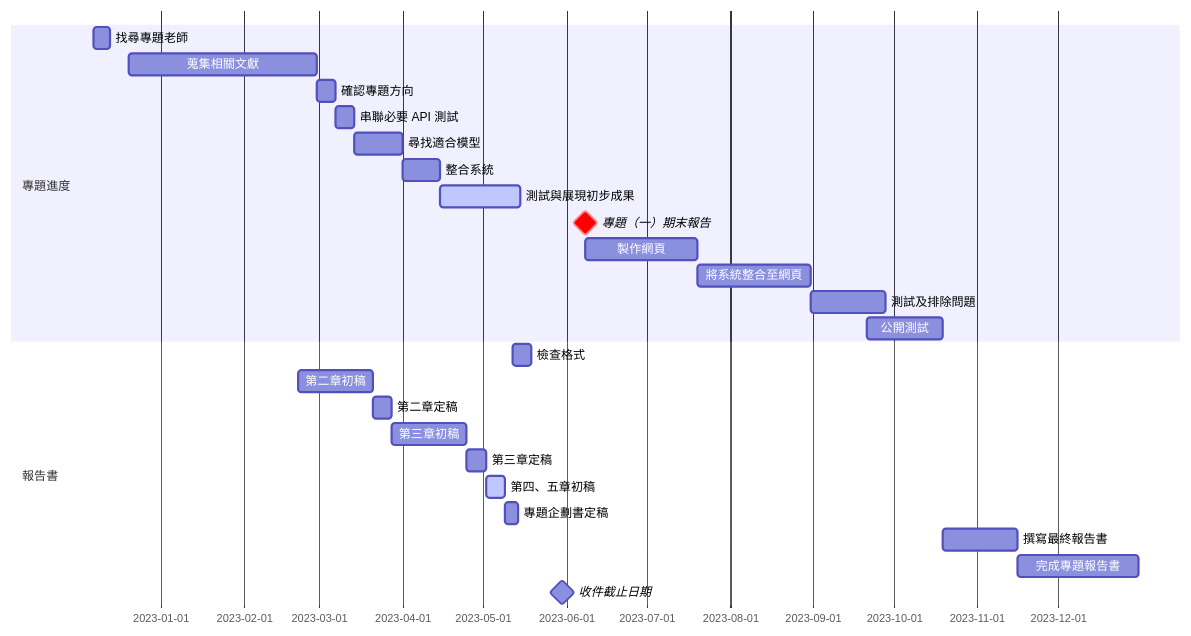
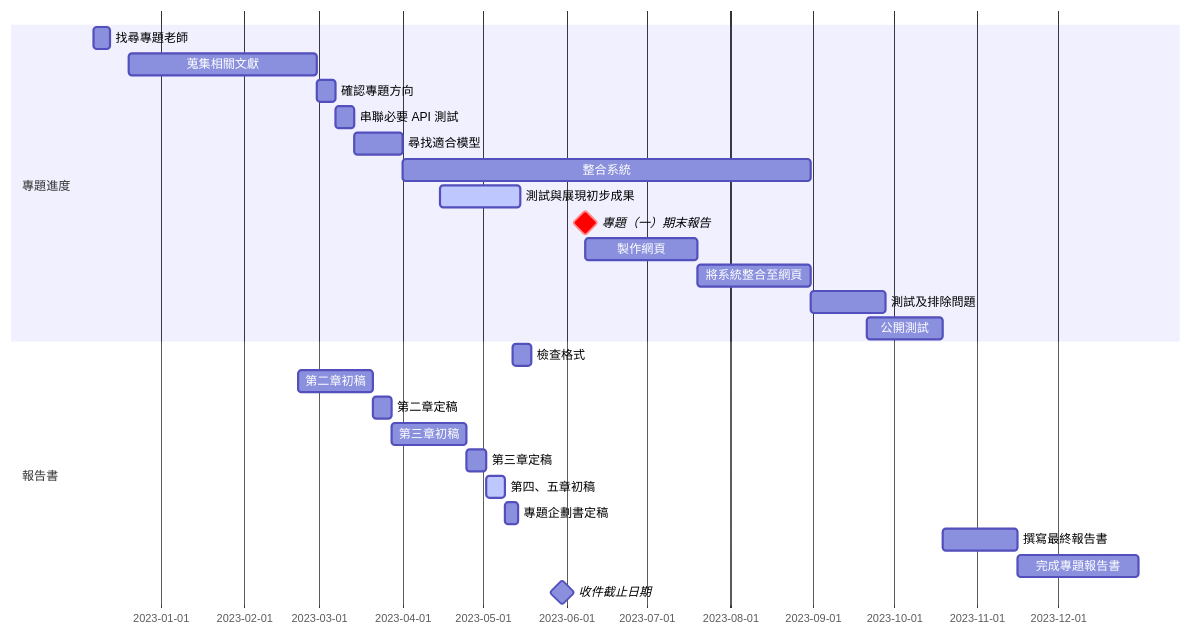
Before and after one commit to kakeru13468/A02_AI_Video_Generation: the third of 3 diagrams in README.md, drawn with Mermaid.

Commit message:
update gantt

````diff
--- a/README.md
+++ b/README.md
@@ -42,31 +42,31 @@
 ```mermaid
 gantt
     todayMarker
     dateFormat  YYYY-MM-DD
 
     section 專題進度
     找尋專題老師       :  2022-12-07, 6d
     蒐集相關文獻      : 2022-12-20, 70d
     確認專題方向      : 2023-02-28, 7d
     串聯必要 API 測試 : 2023-03-07, 7d
     尋找適合模型         : 2023-03-14, 18d
-    整合系統             : 2023-04-01, 14d
+    整合系統             : 2023-04-01, 152d
     測試與展現初步成果  : active, 2023-04-15, 30d
     專題（一）期末報告       : crit, milestone, 2023-06-08,  8min
     製作網頁         : 2023-06-08, 42d
     將系統整合至網頁    : 2023-07-20, 42d
     測試及排除問題    : 2023-08-31, 28d
     公開測試         : 2023-09-21, 28d
 
     section 報告書
     檢查格式             : 2023-05-12, 1w
     第二章初稿          : 2023-02-21, 28d
     第二章定稿          : 2023-03-21, 1w
     第三章初稿          : 2023-03-28, 28d
     第三章定稿          : 2023-04-25, 1w
     第四、五章初稿          : active, 2023-05-02, 1w
     專題企劃書定稿          : 2023-05-09, 5d
     撰寫最終報告書          : 2023-10-19, 28d
     完成專題報告書          : 2023-11-16, 45d
     收件截止日期          : milestone, 2023-05-30, 1d
 ```
````
